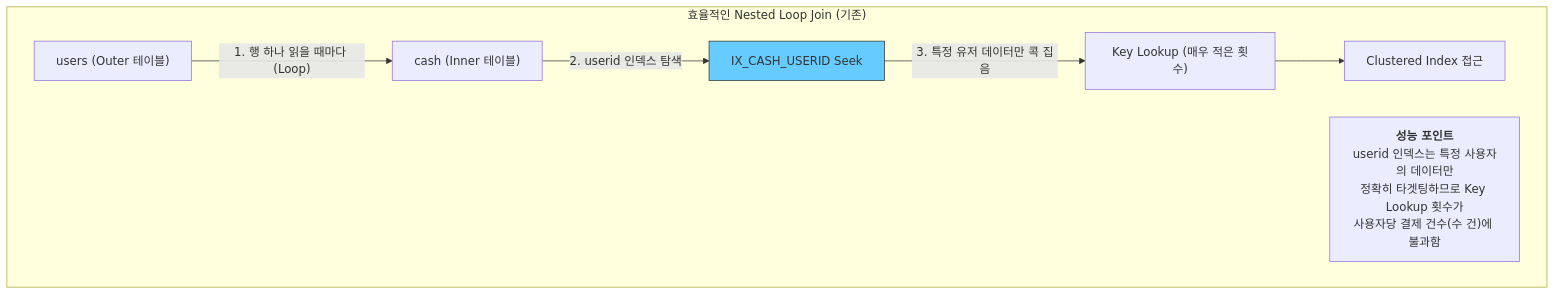
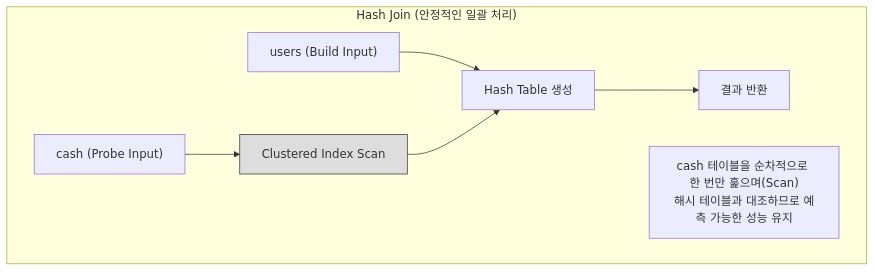
Before and after one commit to muzzaiwork/candidate: the first of 3 diagrams in troubleshooting/payletter_index_optimization.md, drawn with Mermaid. The commit also changed other lines of this file, not shown here.

Commit message:
Refactor index optimization doc into a comprehensive failure analysis report

````diff
--- a/troubleshooting/payletter_index_optimization.md
+++ b/troubleshooting/payletter_index_optimization.md
@@ -47,14 +51,13 @@
 ```mermaid
 graph TD
-    subgraph "효율적인 Nested Loop Join (기존)"
-        U_Outer["users (Outer 테이블)"] -- "1. 행 하나 읽을 때마다 (Loop)" --> C_Inner["cash (Inner 테이블)"]
+    subgraph "Hash Join (안정적인 일괄 처리)"
+        U["users (Build Input)"] --> H["Hash Table 생성"]
+        C["cash (Probe Input)"] --> S["Clustered Index Scan"]
+        S --> H
+        H --> R["결과 반환"]
         
-        C_Inner -- "2. userid 인덱스 탐색" --> IX_USER["IX_CASH_USERID Seek"]
-        IX_USER -- "3. 특정 유저 데이터만 콕 집음" --> K1["Key Lookup (매우 적은 횟수)"]
-        K1 --> C_L1["Clustered Index 접근"]
-        
-        note1["<b>성능 포인트</b><br/>userid 인덱스는 특정 사용자의 데이터만<br/>정확히 타겟팅하므로 Key Lookup 횟수가<br/>사용자당 결제 건수(수 건)에 불과함"]
+        note1["cash 테이블을 순차적으로 한 번만 훑으며(Scan)<br/>해시 테이블과 대조하므로 예측 가능한 성능 유지"]
     end
-
-    style IX_USER fill:#6cf,stroke:#333
+    
+    style S fill:#ddd,stroke:#333
 ```
````
